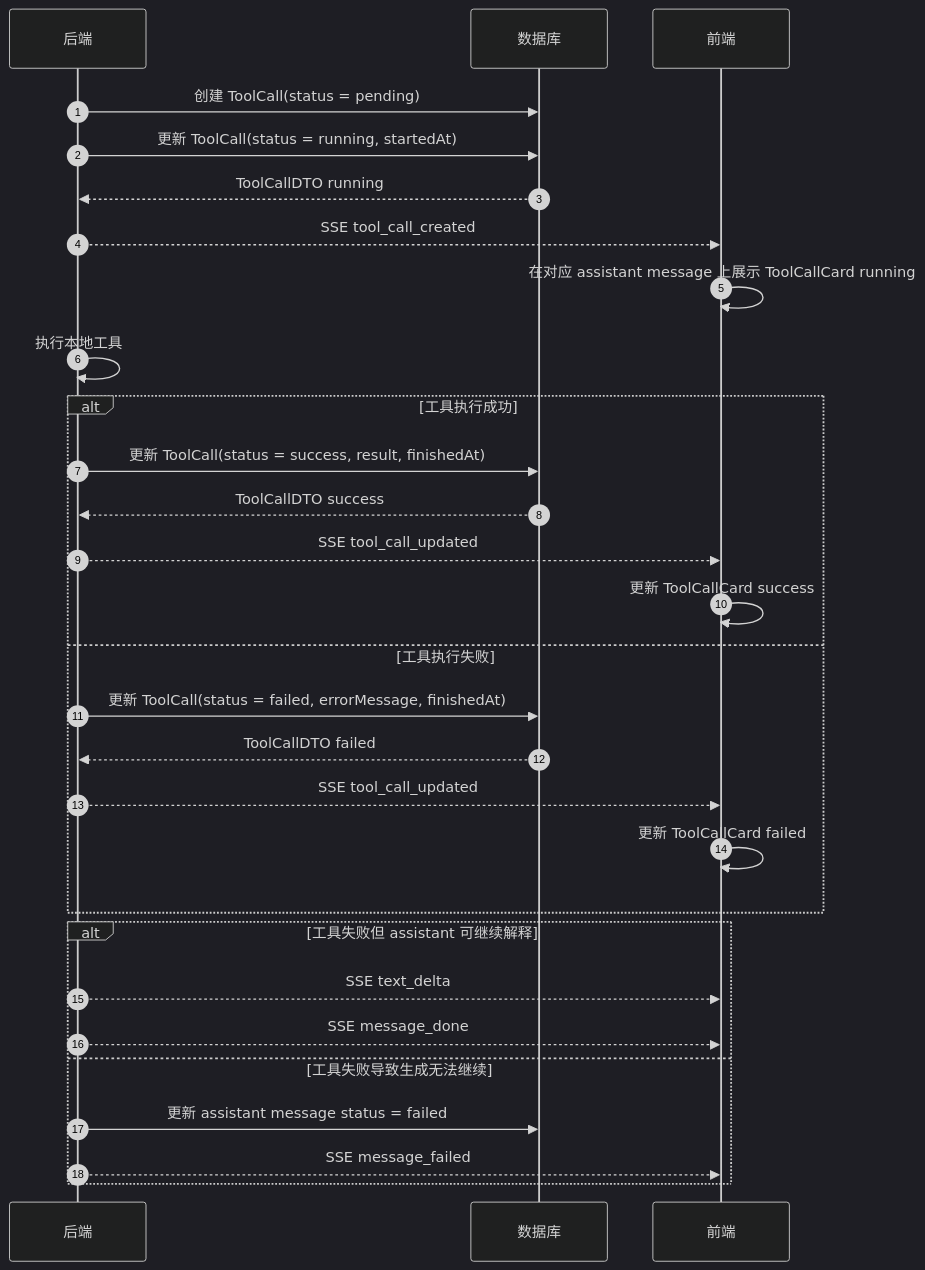
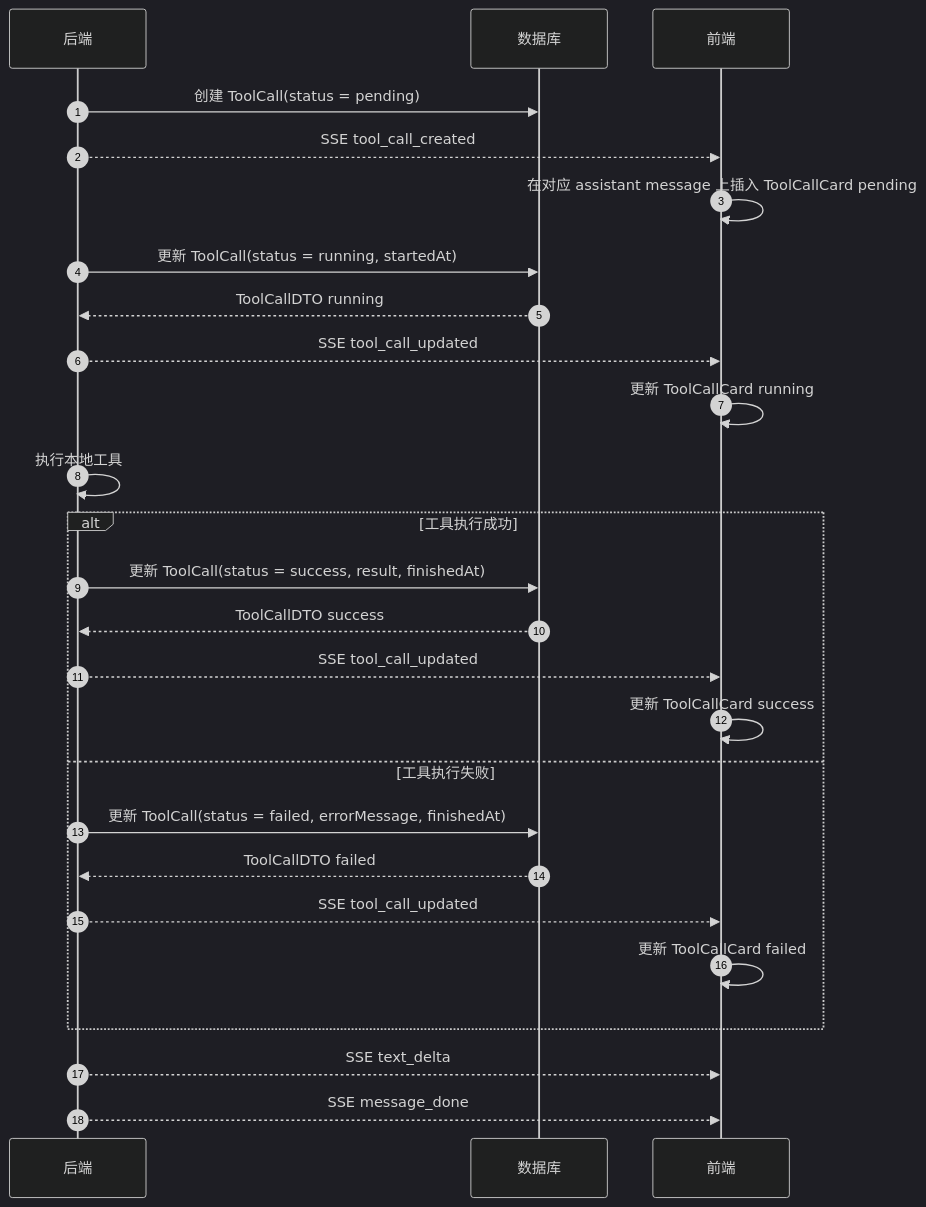
One commit to jumpman233/AIChatAssistant changed the sixth of 11 diagrams in docs/architecture/chat-flow-diagrams.md. Above: the diagram before and after it, drawn with Mermaid (dark theme). The commit also changed other lines of this file and 10 other files, not shown here.

````diff
--- a/docs/architecture/chat-flow-diagrams.md
+++ b/docs/architecture/chat-flow-diagrams.md
@@ -328,37 +330,34 @@
 ```mermaid
 sequenceDiagram
   autonumber
 
   participant BE as 后端
   participant DB as 数据库
   participant FE as 前端
 
   BE->>DB: 创建 ToolCall(status = pending)
+  BE-->>FE: SSE tool_call_created
+  FE->>FE: 在对应 assistant message 上插入 ToolCallCard pending
+
   BE->>DB: 更新 ToolCall(status = running, startedAt)
   DB-->>BE: ToolCallDTO running
-
-  BE-->>FE: SSE tool_call_created
-  FE->>FE: 在对应 assistant message 上展示 ToolCallCard running
+  BE-->>FE: SSE tool_call_updated
+  FE->>FE: 更新 ToolCallCard running
 
   BE->>BE: 执行本地工具
 
   alt 工具执行成功
     BE->>DB: 更新 ToolCall(status = success, result, finishedAt)
     DB-->>BE: ToolCallDTO success
     BE-->>FE: SSE tool_call_updated
     FE->>FE: 更新 ToolCallCard success
   else 工具执行失败
     BE->>DB: 更新 ToolCall(status = failed, errorMessage, finishedAt)
     DB-->>BE: ToolCallDTO failed
     BE-->>FE: SSE tool_call_updated
     FE->>FE: 更新 ToolCallCard failed
   end
 
-  alt 工具失败但 assistant 可继续解释
-    BE-->>FE: SSE text_delta
-    BE-->>FE: SSE message_done
-  else 工具失败导致生成无法继续
-    BE->>DB: 更新 assistant message status = failed
-    BE-->>FE: SSE message_failed
-  end
+  BE-->>FE: SSE text_delta
+  BE-->>FE: SSE message_done
 ```
````
